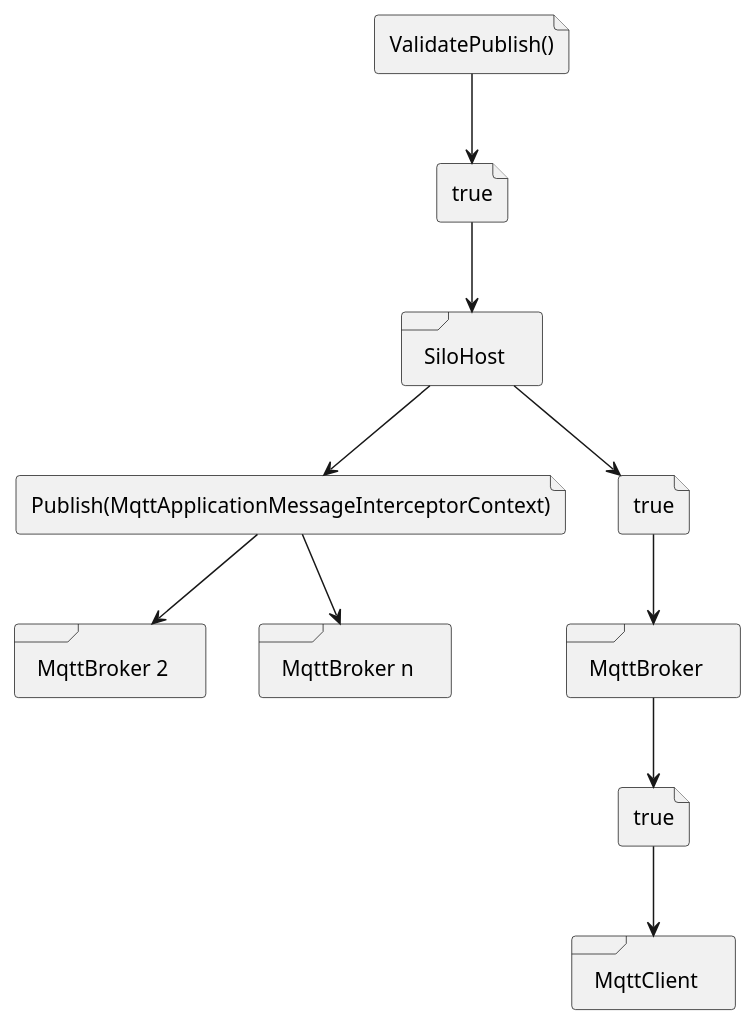
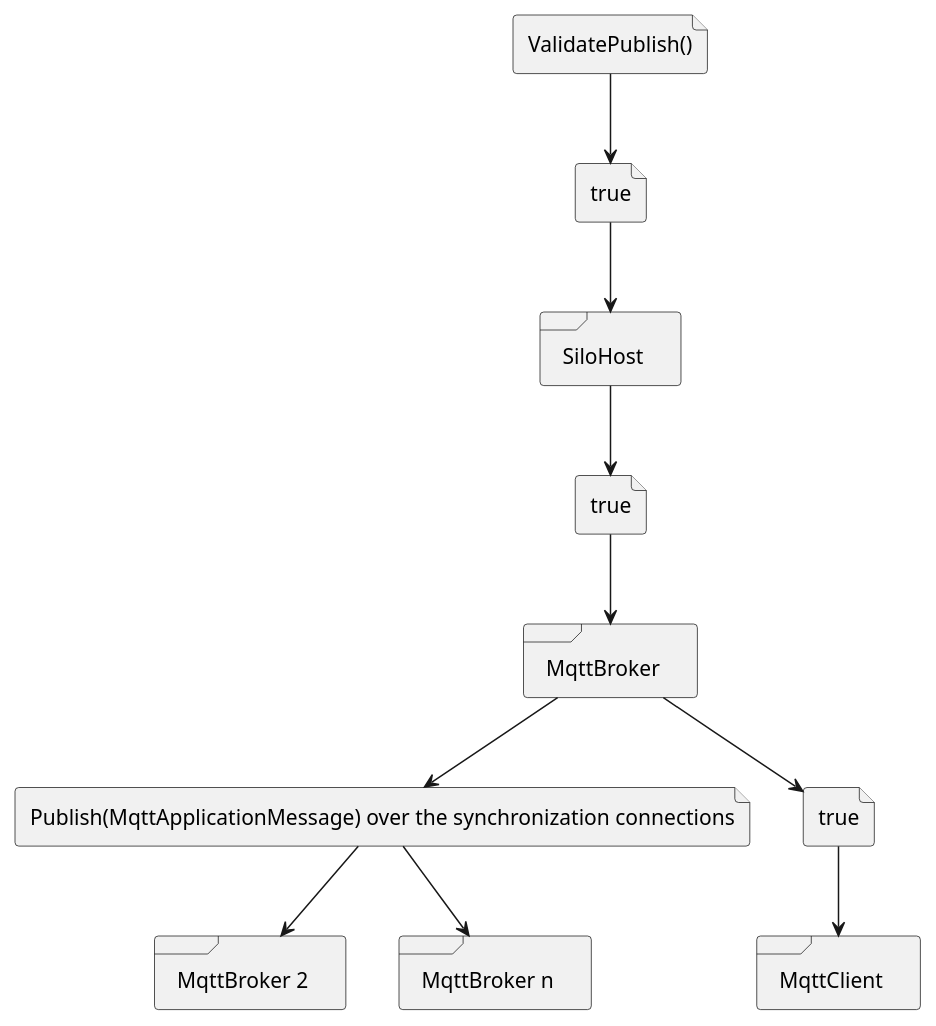
One commit to SeppPenner/NetCoreMQTTExampleCluster changed the diagram in images/client-publish2.wsd. Above: the diagram before and after it, drawn with PlantUML. The commit also changed 17 other files, not shown here.

```diff
--- a/images/client-publish2.wsd
+++ b/images/client-publish2.wsd
@@ -1,36 +1,36 @@
 @startuml
 
 skinparam componentStyle uml2
 
 file "ValidatePublish()" as ValidatePublish
-file "Publish(MqttApplicationMessageInterceptorContext)" as Publish
+file "Publish(MqttApplicationMessage) over the synchronization connections" as Publish
 file "true" as CanPublish
 file "true" as CanPublish2
 file "true" as CanPublish3
 
 frame SiloHost {
 }
 
 frame "MqttClient" as MqttClient {
 }
 
 frame "MqttBroker" as MqttBroker {
 }
 
 frame "MqttBroker 2" as MqttBroker2 {
 }
 
 frame "MqttBroker n" as MqttBrokerN {
 }
 
 ValidatePublish --> CanPublish
 CanPublish --> SiloHost
 SiloHost --> CanPublish2
-SiloHost --> Publish
-Publish --> MqttBroker2
-Publish --> MqttBrokerN
 CanPublish2 --> MqttBroker
 MqttBroker --> CanPublish3
 CanPublish3 --> MqttClient
+MqttBroker --> Publish
+Publish --> MqttBroker2
+Publish --> MqttBrokerN
 
 @enduml
```
